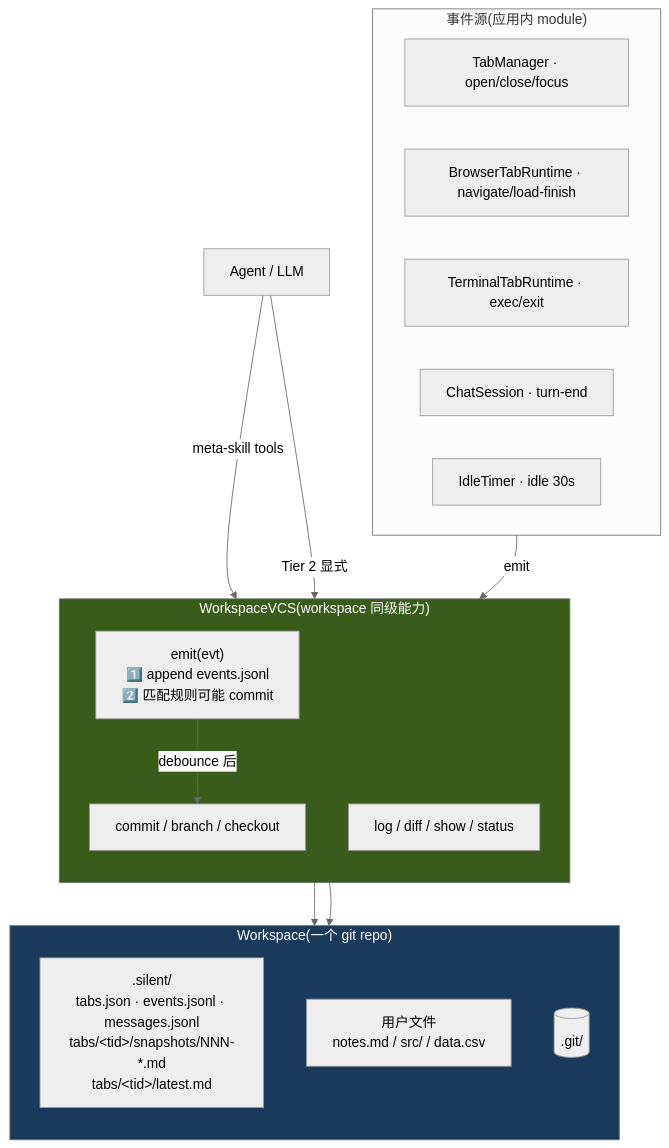
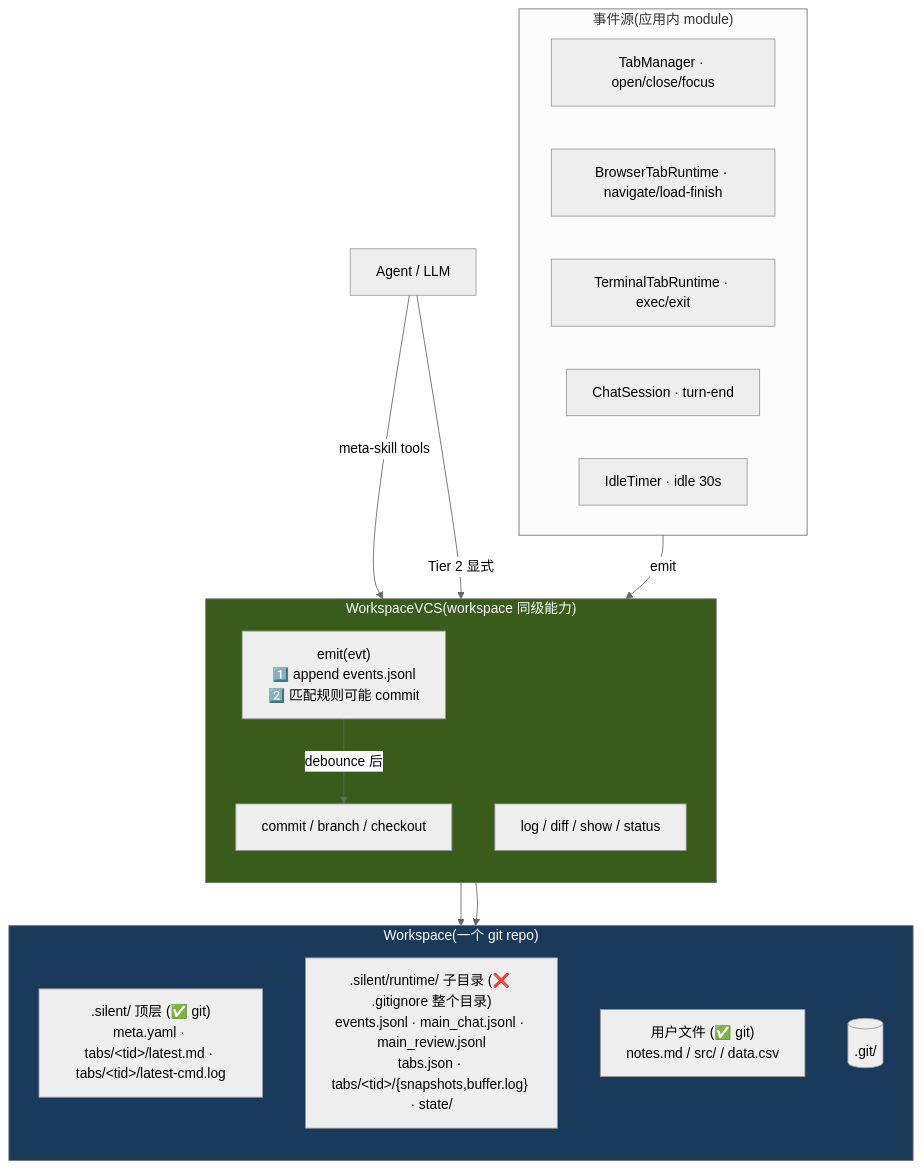
One commit to jimuyang/silent-agent changed the diagram in design/08-vcs.md. Above: the diagram before and after it, drawn with Mermaid (neutral theme). The commit also changed other lines of this file and 19 other files, not shown here.

First line of the commit message:
feat(chat,workspace): main_chat 主权 agent + .silent/runtime/ 二分布局

````diff
--- a/design/08-vcs.md
+++ b/design/08-vcs.md
@@ -32,35 +37,36 @@
 ```mermaid
 flowchart TB
     subgraph WS["Workspace(一个 git repo)"]
         direction TB
-        WSDir[".silent/<br/>tabs.json · events.jsonl · messages.jsonl<br/>tabs/&lt;tid&gt;/snapshots/NNN-*.md<br/>tabs/&lt;tid&gt;/latest.md"]
-        UserFiles["用户文件<br/>notes.md / src/ / data.csv"]
+        WSDirGit[".silent/ 顶层 (✅ git)<br/>meta.yaml · tabs/&lt;tid&gt;/latest.md · tabs/&lt;tid&gt;/latest-cmd.log"]
+        WSDirRuntime[".silent/runtime/ 子目录 (❌ .gitignore 整个目录)<br/>events.jsonl · main_chat.jsonl · main_review.jsonl<br/>tabs.json · tabs/&lt;tid&gt;/{snapshots,buffer.log} · state/"]
+        UserFiles["用户文件 (✅ git)<br/>notes.md / src/ / data.csv"]
         Git[(.git/)]
     end
 
     subgraph VCS["WorkspaceVCS(workspace 同级能力)"]
         direction TB
         Emit["emit(evt)<br/>1️⃣ append events.jsonl<br/>2️⃣ 匹配规则可能 commit"]
         Read["log / diff / show / status"]
         Write["commit / branch / checkout"]
     end
 
     subgraph Triggers["事件源(应用内 module)"]
         T1[TabManager · open/close/focus]
         T2[BrowserTabRuntime · navigate/load-finish]
         T3[TerminalTabRuntime · exec/exit]
         T4[ChatSession · turn-end]
         T5[IdleTimer · idle 30s]
     end
 
     Triggers -->|emit| Emit
     Emit -->|debounce 后| Write
     Write --> Git
 
     Agent[Agent / LLM] -->|meta-skill tools| Read
     Agent -->|Tier 2 显式| Write
     Read --> Git
 
     style VCS fill:#3a5c1a,color:#fff
     style WS fill:#1a3a5c,color:#fff
 ```
````
